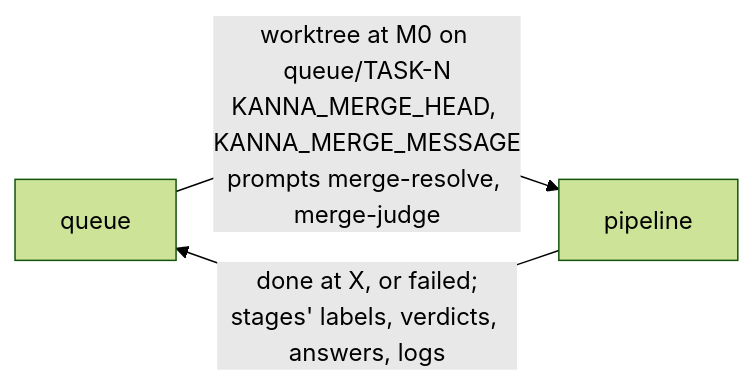
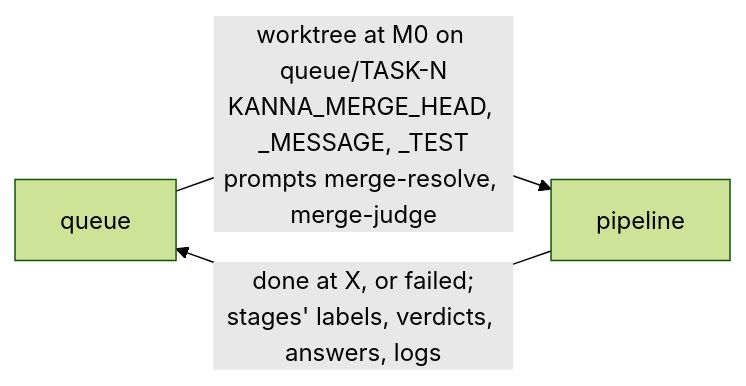
Before and after one commit to tampopogk/kanna: the third of 4 diagrams in docs/specs/merge-queue.md, drawn with Mermaid (forest theme). The commit also changed other lines of this file and 12 other files, not shown here.

Commit message:
The default merge-queue pipeline is a plain Kojo file: agent names the repo's tasks.agent, and the queue passes merge.test as KANNA_MERGE_TEST, so any command runs whole

````diff
--- a/docs/specs/merge-queue.md
+++ b/docs/specs/merge-queue.md
@@ -102,5 +102,5 @@
 ```mermaid
 flowchart LR
-    Q["queue"] -->|"worktree at M0 on queue/TASK-N<br/>KANNA_MERGE_HEAD, KANNA_MERGE_MESSAGE<br/>prompts merge-resolve, merge-judge"| P["pipeline"]
+    Q["queue"] -->|"worktree at M0 on queue/TASK-N<br/>KANNA_MERGE_HEAD, _MESSAGE, _TEST<br/>prompts merge-resolve, merge-judge"| P["pipeline"]
     P -->|"done at X, or failed;<br/>stages' labels, verdicts, answers, logs"| Q
 ```
````
